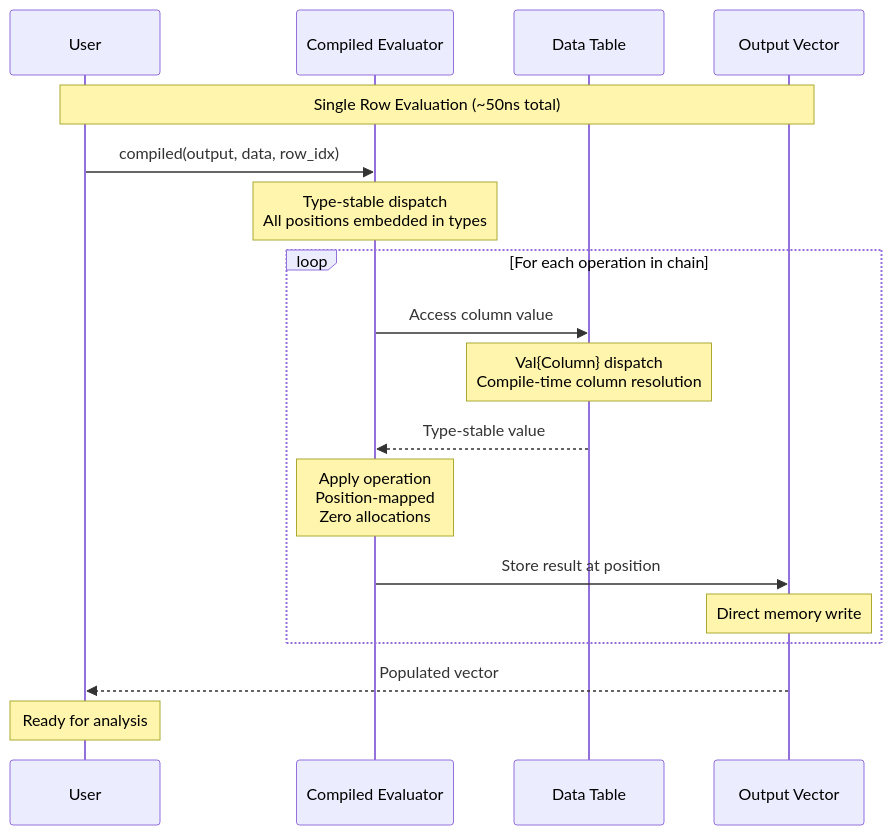
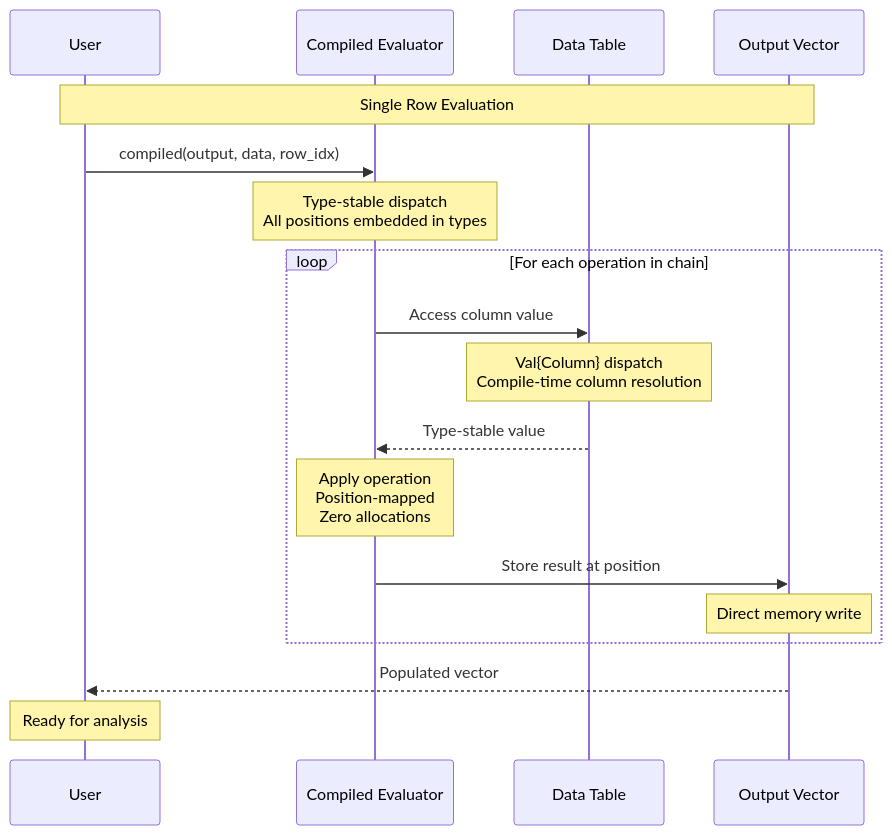
Before and after one commit to emfeltham/FormulaCompiler.jl: the diagram in docs/diagrams/runtime_execution.mmd, drawn with Mermaid. The commit also changed 5 other files, not shown here.

Commit message:
docs: update diagrams

```diff
--- a/docs/diagrams/runtime_execution.mmd
+++ b/docs/diagrams/runtime_execution.mmd
@@ -1,23 +1,23 @@
 sequenceDiagram
     participant User
     participant Compiled as Compiled Evaluator
     participant Data as Data Table
     participant Output as Output Vector
     
-    Note over User,Output: Single Row Evaluation (~50ns total)
+    Note over User,Output: Single Row Evaluation
     
     User->>Compiled: compiled(output, data, row_idx)
     Note over Compiled: Type-stable dispatch<br>All positions embedded in types
     
     loop For each operation in chain
         Compiled->>Data: Access column value
         Note over Data: Val{Column} dispatch<br>Compile-time column resolution
         Data-->>Compiled: Type-stable value
         
         Note over Compiled: Apply operation<br>Position-mapped<br>Zero allocations
         Compiled->>Output: Store result at position
         Note over Output: Direct memory write
     end
     
     Output-->>User: Populated vector
     Note over User: Ready for analysis
```
